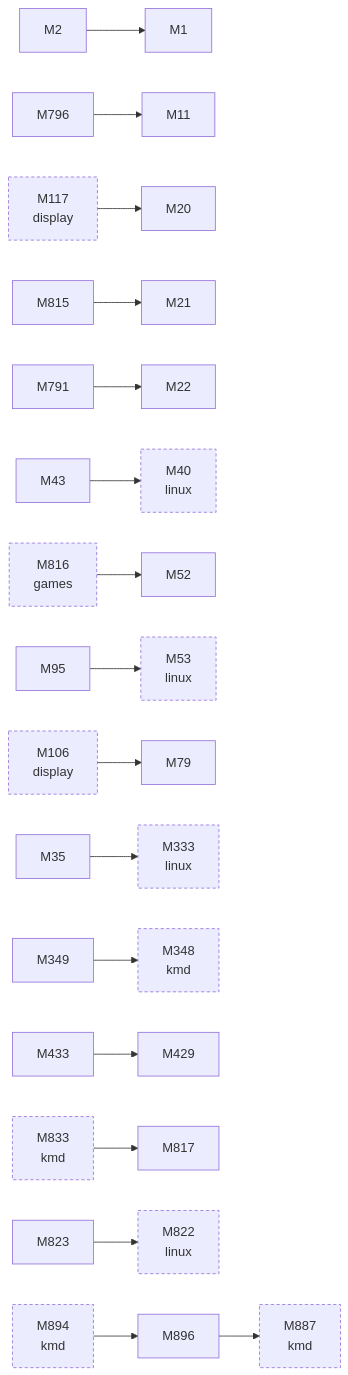
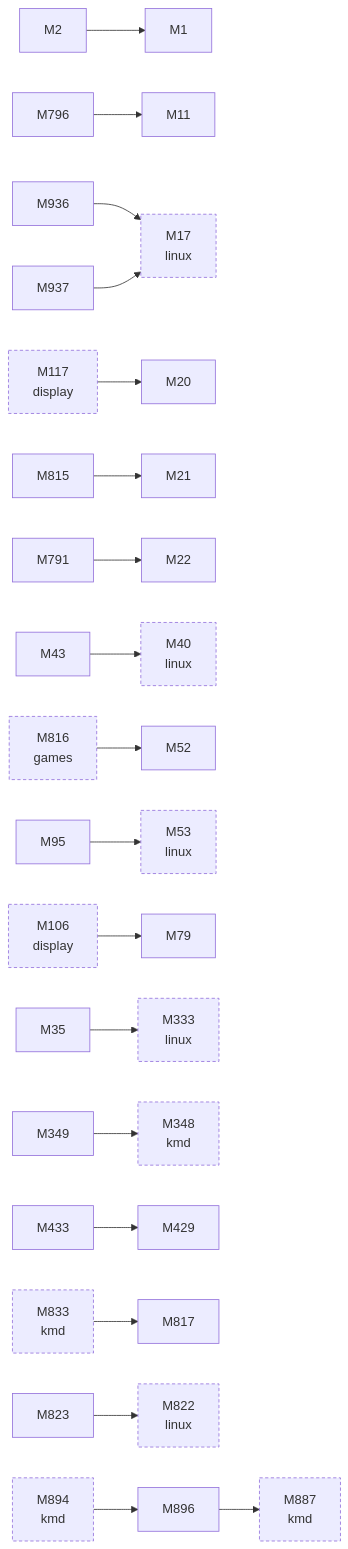
The third of 3 diagrams in docs/facts/graphs/hardware.md (D-Ogi/amdgpu-wddm), drawn with Mermaid before and after one commit. The commit also changed other lines of this file and 11 other files, not shown here.

````diff
--- a/docs/facts/graphs/hardware.md
+++ b/docs/facts/graphs/hardware.md
@@ -209,52 +213,57 @@
 ```mermaid
 flowchart LR
   M1["M1"]
   M2["M2"]
   M11["M11"]
+  M17["M17<br/>linux"]
   M20["M20"]
   M21["M21"]
   M22["M22"]
   M35["M35"]
   M40["M40<br/>linux"]
   M43["M43"]
   M52["M52"]
   M53["M53<br/>linux"]
   M79["M79"]
   M95["M95"]
   M106["M106<br/>display"]
   M117["M117<br/>display"]
   M333["M333<br/>linux"]
   M348["M348<br/>kmd"]
   M349["M349"]
   M429["M429"]
   M433["M433"]
   M791["M791"]
   M796["M796"]
   M815["M815"]
   M816["M816<br/>games"]
   M817["M817"]
   M822["M822<br/>linux"]
   M823["M823"]
   M833["M833<br/>kmd"]
   M887["M887<br/>kmd"]
   M894["M894<br/>kmd"]
   M896["M896"]
+  M936["M936"]
+  M937["M937"]
   M2 --> M1
   M35 --> M333
   M43 --> M40
   M95 --> M53
   M349 --> M348
   M433 --> M429
   M791 --> M22
   M796 --> M11
   M815 --> M21
   M823 --> M822
   M896 --> M887
+  M936 --> M17
+  M937 --> M17
   M833 --> M817
   M894 --> M896
   M106 --> M79
   M117 --> M20
   M816 --> M52
   classDef other stroke-dasharray:4 3
-  class M40,M53,M106,M117,M333,M348,M816,M822,M833,M887,M894 other
+  class M17,M40,M53,M106,M117,M333,M348,M816,M822,M833,M887,M894 other
 ```
````
